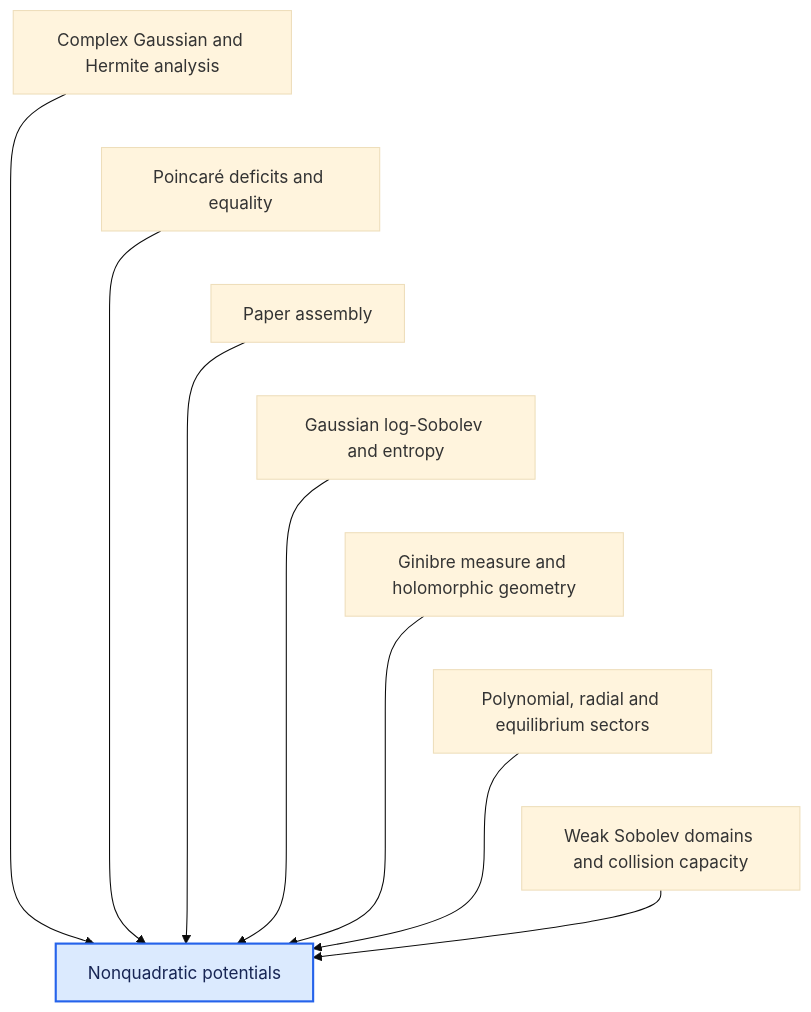
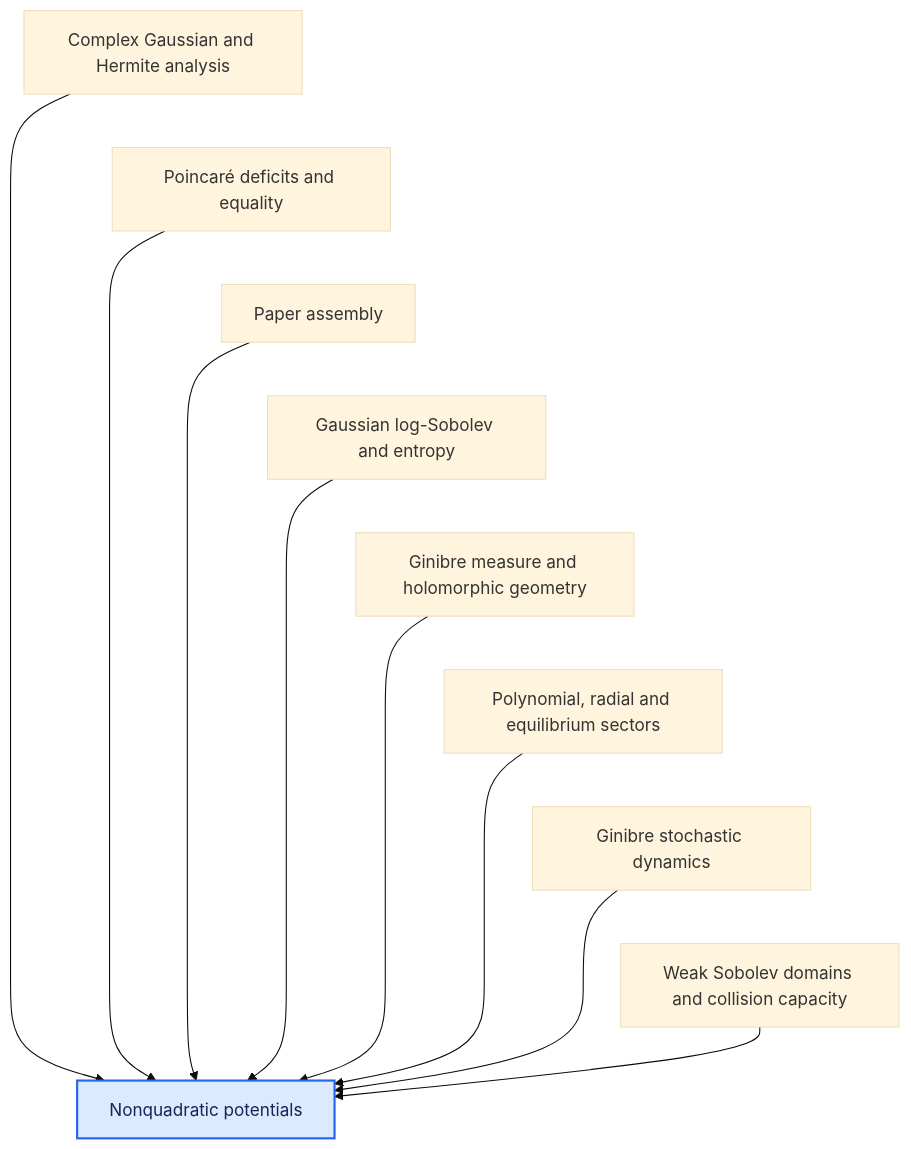
One commit to djalilchafai/ginibre-poincare changed diagram 11 of 12 in DEPENDENCIES.md. Above: the diagram before and after it, drawn with Mermaid (base theme). The commit also changed 89 other files, not shown here.

````diff
--- a/DEPENDENCIES.md
+++ b/DEPENDENCIES.md
@@ -298,18 +298,20 @@
 ```mermaid
 flowchart TB
   ComplexGaussianHermite["Complex Gaussian and Hermite analysis"] --> NonQuadratic["Nonquadratic potentials"]
   DeficitsEquality["Poincaré deficits and equality"] --> NonQuadratic["Nonquadratic potentials"]
   Endgame["Paper assembly"] --> NonQuadratic["Nonquadratic potentials"]
   GaussianLSI["Gaussian log-Sobolev and entropy"] --> NonQuadratic["Nonquadratic potentials"]
   GinibreMeasureGeometry["Ginibre measure and holomorphic geometry"] --> NonQuadratic["Nonquadratic potentials"]
   PolynomialRadial["Polynomial, radial and equilibrium sectors"] --> NonQuadratic["Nonquadratic potentials"]
+  StochasticDynamics["Ginibre stochastic dynamics"] --> NonQuadratic["Nonquadratic potentials"]
   WeakSobolev["Weak Sobolev domains and collision capacity"] --> NonQuadratic["Nonquadratic potentials"]
   ComplexGaussianHermite ~~~ DeficitsEquality
   DeficitsEquality ~~~ Endgame
   Endgame ~~~ GaussianLSI
   GaussianLSI ~~~ GinibreMeasureGeometry
   GinibreMeasureGeometry ~~~ PolynomialRadial
-  PolynomialRadial ~~~ WeakSobolev
+  PolynomialRadial ~~~ StochasticDynamics
+  StochasticDynamics ~~~ WeakSobolev
   classDef target fill:#dbeafe,stroke:#2563eb,stroke-width:2px,color:#172554;
   class NonQuadratic target;
 ```
````
